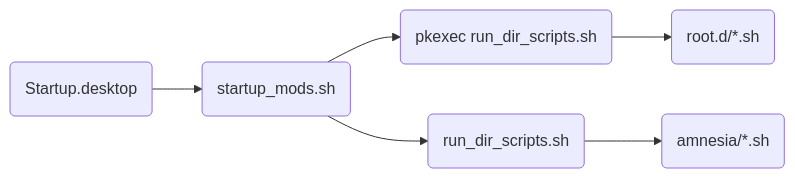
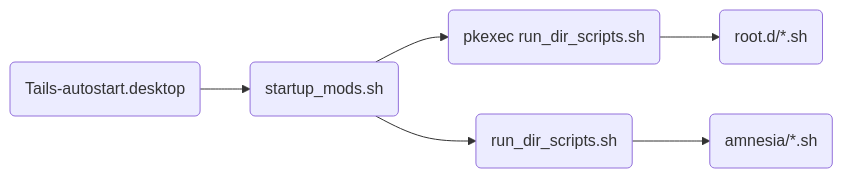
Before and after one commit to dutu/tails-autostart: the diagram in README.md, drawn with Mermaid.

Commit message:
fix graph label

````diff
--- a/README.md
+++ b/README.md
@@ -45,8 +45,8 @@
 ```mermaid
 graph LR;
-  A(Startup.desktop)-->B(startup_mods.sh);
+  A(Tails-autostart.desktop)-->B(startup_mods.sh);
   B(startup_mods.sh)-->C(pkexec run_dir_scripts.sh);
   B(startup_mods.sh)-->D(run_dir_scripts.sh);
   C(pkexec run_dir_scripts.sh)-->E(root.d/*.sh);
   D(run_dir_scripts.sh)-->F(amnesia/*.sh);
 ```
````
